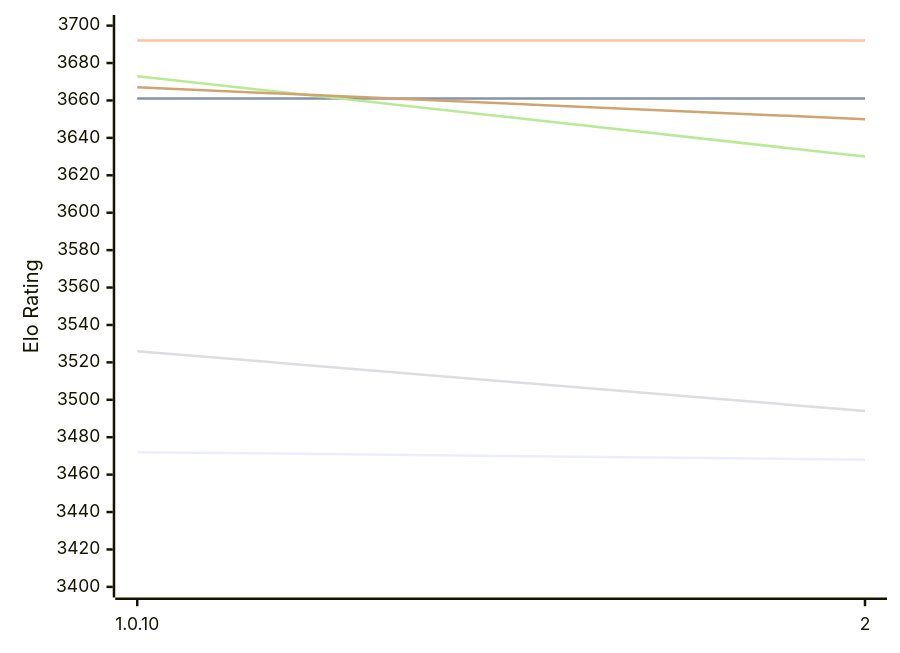
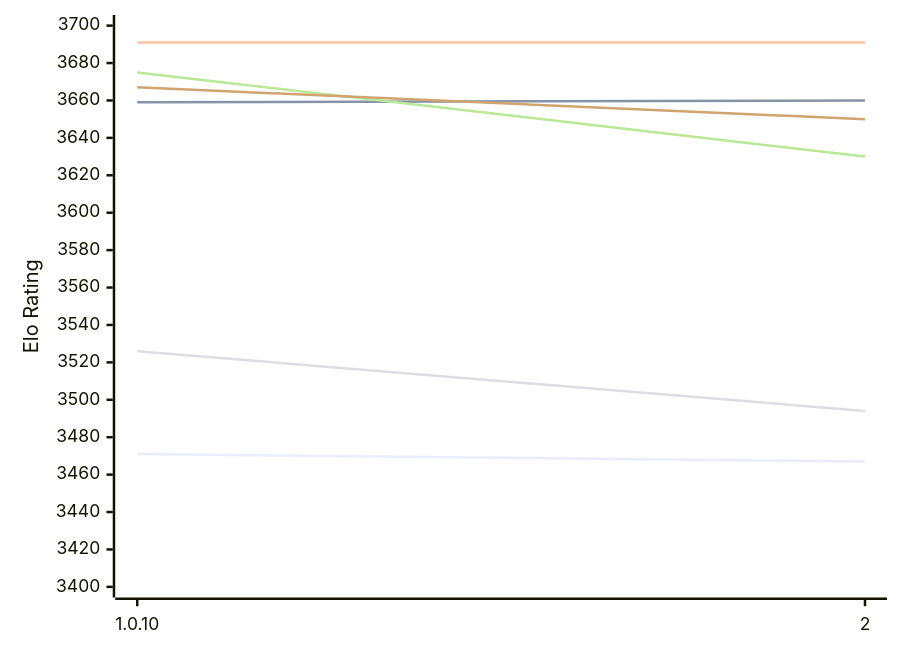
Before and after one commit to computer-chess-index/cci: the diagram in engines/8Chess.md, drawn with Mermaid. The commit also changed other lines of this file, not shown here.

Commit message:
Update CCI Ratings (ELO VLTC) - 2026-11-28

````diff
--- a/engines/8Chess.md
+++ b/engines/8Chess.md
@@ -49,12 +49,12 @@
 ```mermaid
 %%{init: {"theme":"base","themeVariables":{"seriesColors:['#a3a3a3','#222221','#faa371']}}}%%
 xychart-beta
   x-axis ["1.0.10", "2"]
   y-axis "Elo Rating" 3400 --> 3700
-  line "E1: STC (8.0+0.08s)" [3472, 3468]
-  line "E1: LTC (60.0+0.60s)" [3661, 3661]
-  line "E1: VLTC (2m24s+1.12s)" [3692, 3692]
+  line "E1: STC (8.0+0.08s)" [3471, 3467]
+  line "E1: LTC (60.0+0.60s)" [3659, 3660]
+  line "E1: VLTC (2m24s+1.12s)" [3691, 3691]
   line "P1: STC (8.0+0.08s)" [3526, 3494]
-  line "P1: LTC (60.0+0.60s)" [3673, 3630]
+  line "P1: LTC (60.0+0.60s)" [3675, 3630]
   line "P1: VLTC (2m24s+1.12s)" [3667, 3650]
 ```
````
